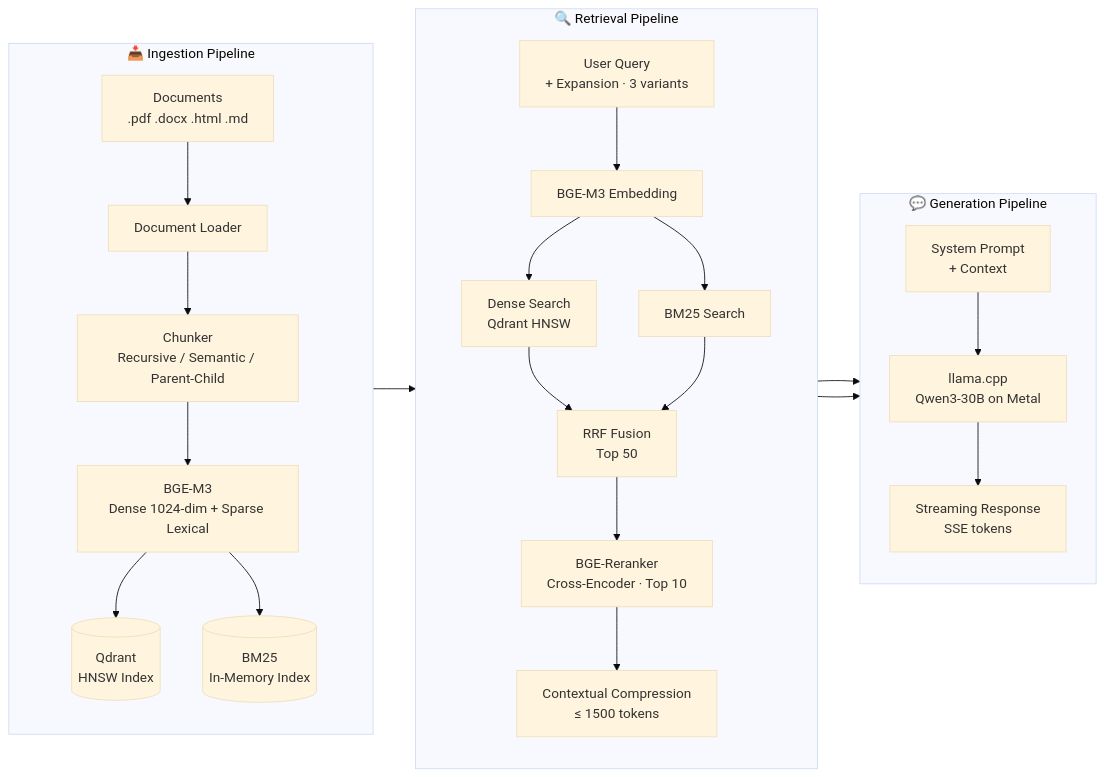
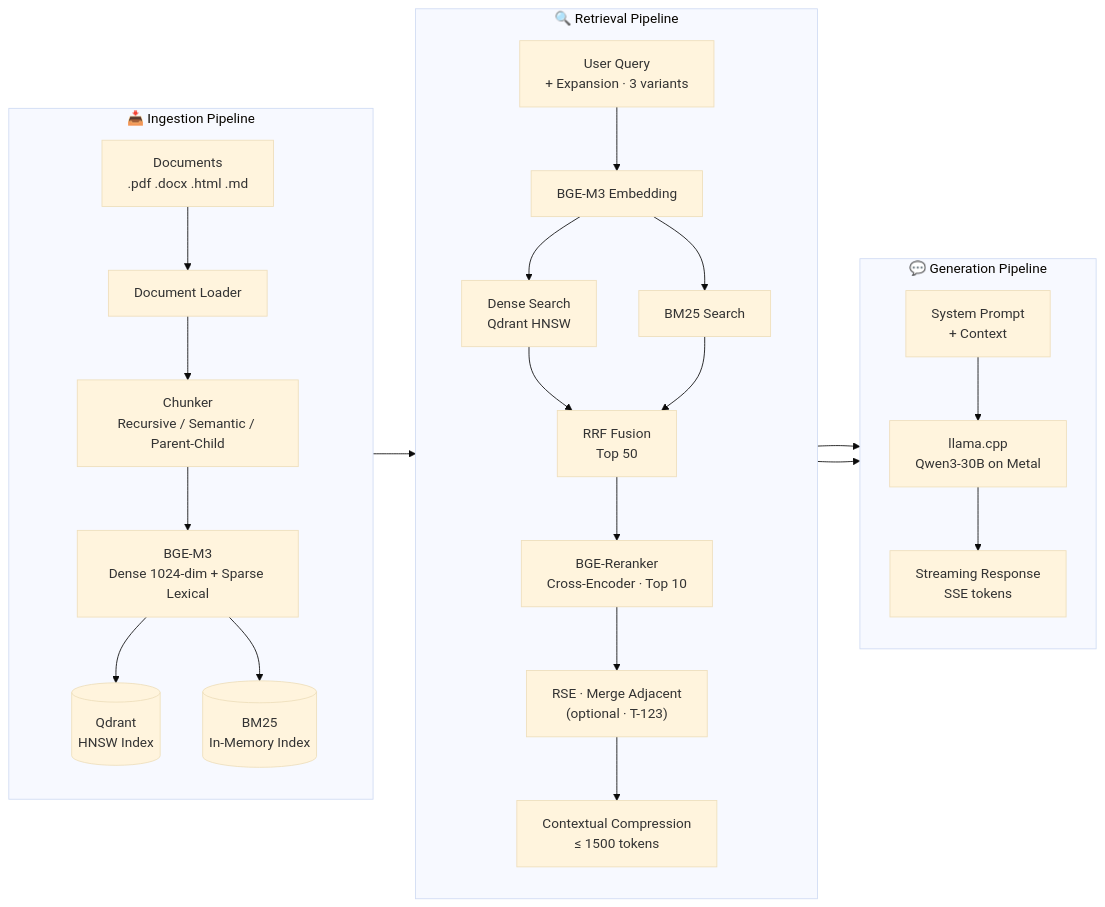
One commit to ealbertoav/rag_platform changed the first of 10 diagrams in README.md. Above: the diagram before and after it, drawn with Mermaid (base theme). The commit also changed other lines of this file and 9 other files, not shown here.

````diff
--- a/README.md
+++ b/README.md
@@ -44,32 +44,33 @@
 ```mermaid
 flowchart LR
     subgraph INGEST["📥 Ingestion Pipeline"]
         direction TB
         D["Documents<br/>.pdf .docx .html .md"] --> L[Document Loader]
         L --> C["Chunker<br/>Recursive / Semantic / Parent-Child"]
         C --> E["BGE-M3<br/>Dense 1024-dim + Sparse Lexical"]
         E --> Q[("Qdrant<br/>HNSW Index")]
         E --> B[("BM25<br/>In-Memory Index")]
     end
 
     subgraph RETRIEVE["🔍 Retrieval Pipeline"]
         direction TB
         QX["User Query<br/>+ Expansion · 3 variants"] --> EM[BGE-M3 Embedding]
         EM --> DS["Dense Search<br/>Qdrant HNSW"]
         EM --> BS[BM25 Search]
         DS --> RF["RRF Fusion<br/>Top 50"]
         BS --> RF
         RF --> RR["BGE-Reranker<br/>Cross-Encoder · Top 10"]
-        RR --> CC["Contextual Compression<br/>≤ 1500 tokens"]
+        RR --> RSE["RSE · Merge Adjacent<br/>(optional · T-123)"]
+        RSE --> CC["Contextual Compression<br/>≤ 1500 tokens"]
     end
 
     subgraph GENERATE["💬 Generation Pipeline"]
         direction TB
         CC --> PR["System Prompt<br/>+ Context"]
         PR --> LLM["llama.cpp<br/>Qwen3-30B on Metal"]
         LLM --> SSE["Streaming Response<br/>SSE tokens"]
     end
 
     INGEST --> RETRIEVE
     RETRIEVE --> GENERATE
 ```
````
